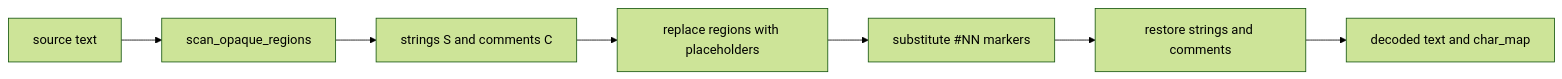
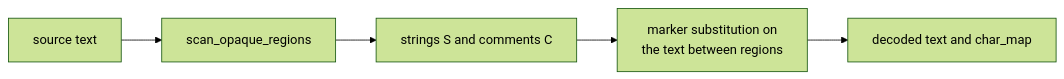
One commit to SorenHJohansen/sattline-parser changed the fourth of 4 diagrams in docs/source-provenance.md. Above: the diagram before and after it, drawn with Mermaid (forest theme). The commit also changed other lines of this file and 6 other files, not shown here.

First line of the commit message:
fix(preprocessing): decode markers without splicing placeholders

````diff
--- a/docs/source-provenance.md
+++ b/docs/source-provenance.md
@@ -180,9 +180,7 @@
 ```mermaid
 flowchart LR
     A["source text"] --> B["scan_opaque_regions"]
     B --> C["strings S and comments C"]
-    C --> D["replace regions with placeholders"]
-    D --> E["substitute #NN markers"]
-    E --> F["restore strings and comments"]
-    F --> G["decoded text and char_map"]
+    C --> D["marker substitution on<br/>the text between regions"]
+    D --> E["decoded text and char_map"]
 ```
````
